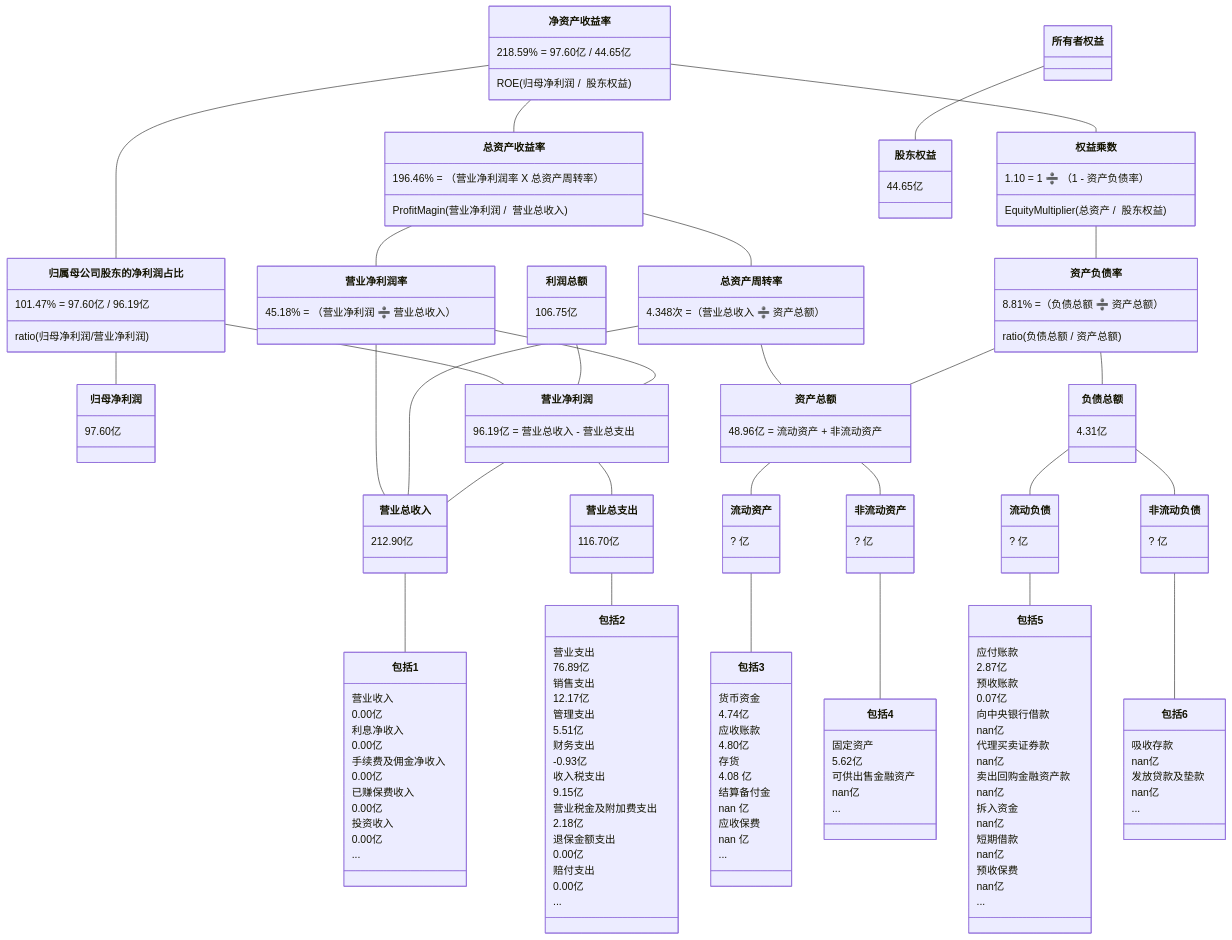
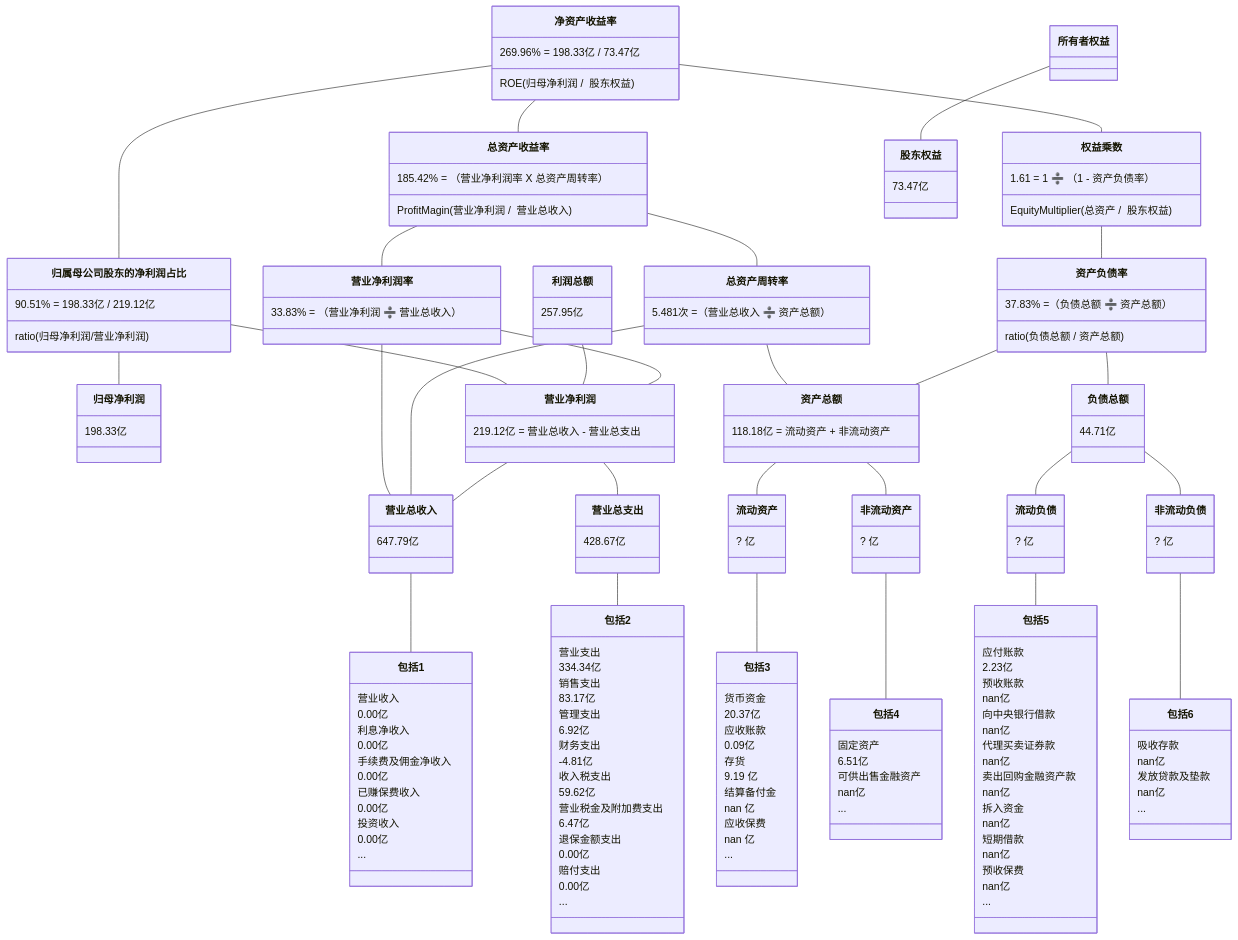
Before and after one commit to TheVeryDarkness/cs410: the fifth of 10 diagrams in 2/2.md, drawn with Mermaid. The commit also changed other lines of this file and 59 other files, not shown here.

````diff
--- a/2/2.md
+++ b/2/2.md
@@ -645,45 +665,45 @@
 ```mermaid
 classDiagram
 净资产收益率 -- 总资产收益率
-    净资产收益率 : 218.59% = 97.60亿 / 44.65亿
+    净资产收益率 : 269.96% = 198.33亿 / 73.47亿
     净资产收益率 : ROE(归母净利润 /  股东权益)
-    总资产收益率 : 196.46% = （营业净利润率 X 总资产周转率）
+    总资产收益率 : 185.42% = （营业净利润率 X 总资产周转率）
     总资产收益率 : ProfitMagin(营业净利润 /  营业总收入)
 净资产收益率 -- 归属母公司股东的净利润占比
-	  归属母公司股东的净利润占比 : 101.47% = 97.60亿 / 96.19亿
+	  归属母公司股东的净利润占比 : 90.51% = 198.33亿 / 219.12亿
 	  归属母公司股东的净利润占比 : ratio(归母净利润/营业净利润)
 归属母公司股东的净利润占比 -- 归母净利润
-    归母净利润 : 97.60亿
+    归母净利润 : 198.33亿
 归属母公司股东的净利润占比 -- 营业净利润
-利润总额 : 106.75亿
+利润总额 : 257.95亿
 利润总额 -- 营业净利润
 净资产收益率 -- 权益乘数
-    权益乘数 : 1.10 = 1 ➗ （1 - 资产负债率）
+    权益乘数 : 1.61 = 1 ➗ （1 - 资产负债率）
     权益乘数 : EquityMultiplier(总资产 /  股东权益)
 
 总资产收益率 -- 营业净利润率
-    营业净利润率 : 45.18% = （营业净利润 ➗ 营业总收入）
+    营业净利润率 : 33.83% = （营业净利润 ➗ 营业总收入）
 总资产收益率 -- 总资产周转率
-    总资产周转率 : 4.348次 =（营业总收入 ➗ 资产总额）
+    总资产周转率 : 5.481次 =（营业总收入 ➗ 资产总额）
 权益乘数 -- 资产负债率
-    资产负债率  : 8.81% =（负债总额 ➗ 资产总额）
+    资产负债率  : 37.83% =（负债总额 ➗ 资产总额）
     资产负债率  : ratio(负债总额 / 资产总额)
 
 营业净利润率 -- 营业净利润
-    营业净利润 : 96.19亿 = 营业总收入 - 营业总支出
+    营业净利润 : 219.12亿 = 营业总收入 - 营业总支出
 营业净利润率 -- 营业总收入
 总资产周转率 -- 营业总收入
 总资产周转率 -- 资产总额
-    资产总额 : 48.96亿 = 流动资产 + 非流动资产
+    资产总额 : 118.18亿 = 流动资产 + 非流动资产
 资产负债率 -- 负债总额
-    负债总额 : 4.31亿
+    负债总额 : 44.71亿
 资产负债率 -- 资产总额
 
 
 营业净利润 -- 营业总收入
-    营业总收入 : 212.90亿
+    营业总收入 : 647.79亿
 营业净利润 -- 营业总支出
-    营业总支出 : 116.70亿
+    营业总支出 : 428.67亿
 资产总额 -- 流动资产
 	  流动资产 : ? 亿
 资产总额 -- 非流动资产
@@ -707,17 +727,17 @@
     包括1 : ...
 营业总支出 -- 包括2
     包括2 : 营业支出
-    包括2 : 76.89亿
+    包括2 : 334.34亿
     包括2 : 销售支出
-    包括2 : 12.17亿
+    包括2 : 83.17亿
     包括2 : 管理支出
-    包括2 : 5.51亿
+    包括2 : 6.92亿
     包括2 : 财务支出
-    包括2 : -0.93亿
+    包括2 : -4.81亿
     包括2 : 收入税支出
-    包括2 : 9.15亿
+    包括2 : 59.62亿
     包括2 : 营业税金及附加费支出
-    包括2 : 2.18亿
+    包括2 : 6.47亿
     包括2 : 退保金额支出
     包括2 : 0.00亿
     包括2 : 赔付支出
@@ -725,11 +745,11 @@
     包括2 : ...
 流动资产 -- 包括3
     包括3 : 货币资金
-    包括3 : 4.74亿
+    包括3 : 20.37亿
     包括3 : 应收账款
-    包括3 : 4.80亿
+    包括3 : 0.09亿
     包括3 : 存货
-    包括3 : 4.08 亿
+    包括3 : 9.19 亿
     包括3 : 结算备付金
     包括3 : nan 亿
     包括3 : 应收保费
@@ -737,15 +757,15 @@
     包括3 : ...
 非流动资产 -- 包括4
     包括4 : 固定资产
-    包括4 : 5.62亿
+    包括4 : 6.51亿
     包括4 : 可供出售金融资产
     包括4 : nan亿
     包括4 : ...
 流动负债 -- 包括5
     包括5 : 应付账款
-    包括5 : 2.87亿
+    包括5 : 2.23亿
     包括5 : 预收账款
-    包括5 : 0.07亿
+    包括5 : nan亿
     包括5 : 向中央银行借款
     包括5 : nan亿
     包括5 : 代理买卖证券款
@@ -766,5 +786,5 @@
     包括6 : nan亿
     包括6 : ...
 所有者权益 -- 股东权益
-    股东权益 : 44.65亿
+    股东权益 : 73.47亿
 ```
````
